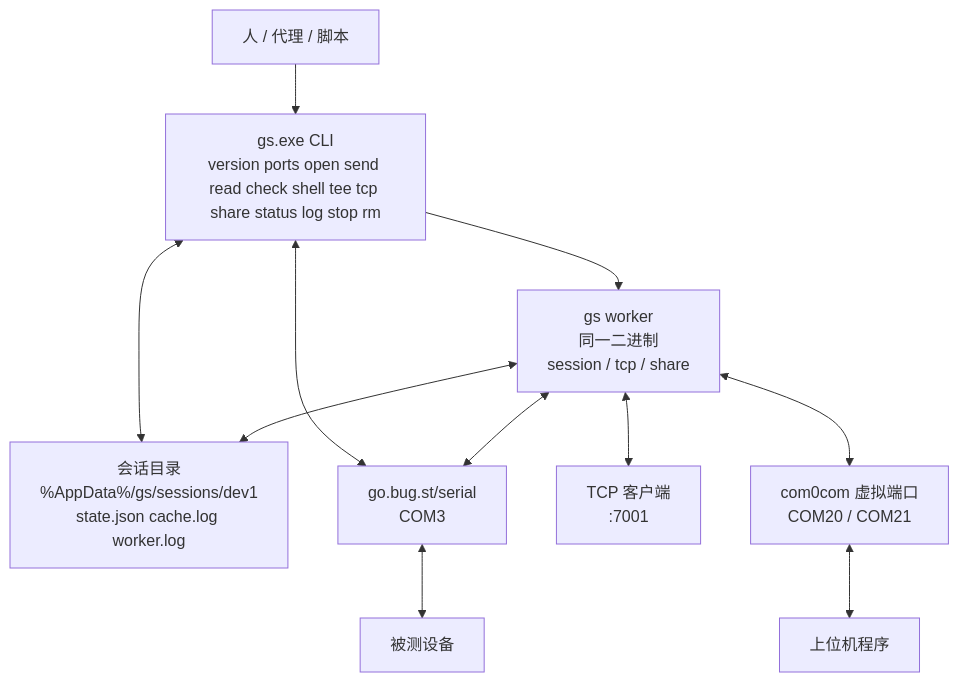
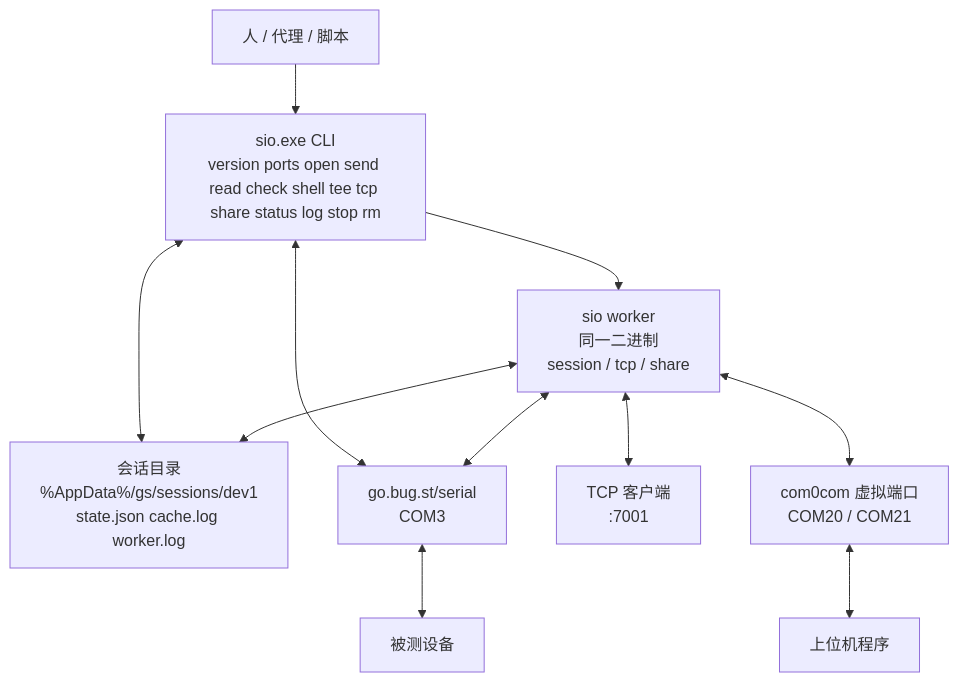
The third of 4 diagrams in README.zh-CN.md (shikihane/go-serial-cli), drawn with Mermaid before and after one commit. The commit also changed other lines of this file and 25 other files, not shown here.

````diff
--- a/README.zh-CN.md
+++ b/README.zh-CN.md
@@ -377,23 +396,23 @@
 ```mermaid
 flowchart TB
     user["人 / 代理 / 脚本"]
-    cli["gs.exe CLI\nversion ports open send read check shell tee tcp share status log stop rm"]
+    cli["sio.exe CLI\nversion ports open send read check shell tee tcp share status log stop rm"]
     store["会话目录\n%AppData%/gs/sessions/dev1\nstate.json cache.log worker.log"]
-    worker["gs worker\n同一二进制\nsession / tcp / share"]
+    worker["sio worker\n同一二进制\nsession / tcp / share"]
     serial["go.bug.st/serial\nCOM3"]
     device["被测设备"]
     tcp["TCP 客户端\n:7001"]
     com0com["com0com 虚拟端口\nCOM20 / COM21"]
     app["上位机程序"]
 
     user --> cli
     cli <--> store
     cli <--> serial
     serial <--> device
     cli --> worker
     worker <--> store
     worker <--> serial
     worker <--> tcp
     worker <--> com0com
     com0com <--> app
 ```
````
